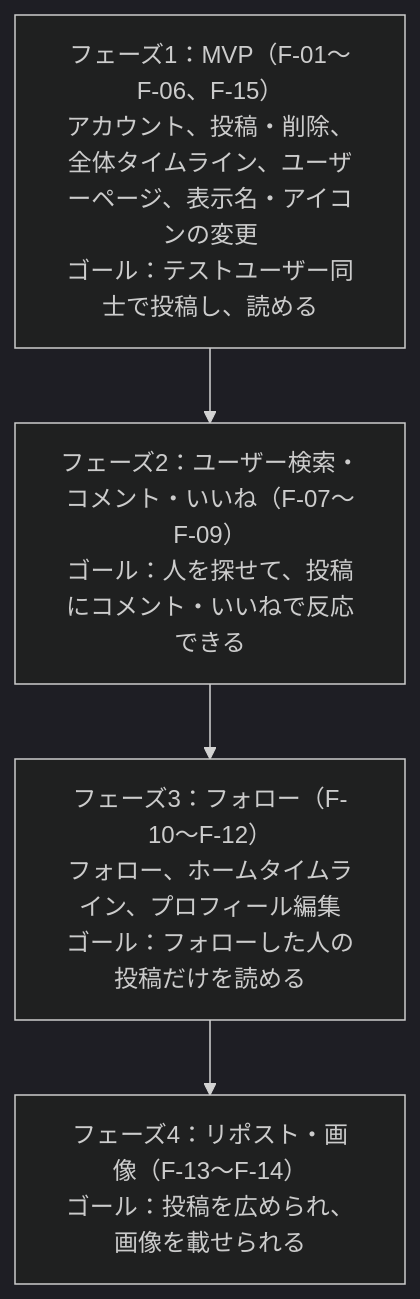
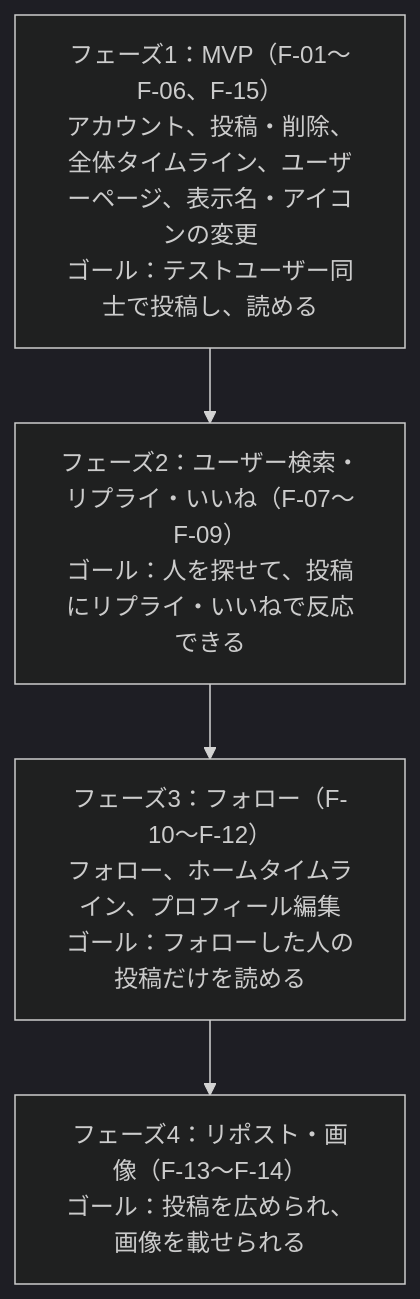
The diagram in docs/requirements.md (NakamuraKazki051/sns-app), drawn with Mermaid (dark theme) before and after one commit. The commit also changed other lines of this file and 7 other files, not shown here.

````diff
--- a/docs/requirements.md
+++ b/docs/requirements.md
@@ -135,8 +135,8 @@
 ```mermaid
 flowchart TB
     P1["フェーズ1：MVP（F-01〜F-06、F-15）<br/>アカウント、投稿・削除、全体タイムライン、ユーザーページ、表示名・アイコンの変更<br/>ゴール：テストユーザー同士で投稿し、読める"]
-    P2["フェーズ2：ユーザー検索・コメント・いいね（F-07〜F-09）<br/>ゴール：人を探せて、投稿にコメント・いいねで反応できる"]
+    P2["フェーズ2：ユーザー検索・リプライ・いいね（F-07〜F-09）<br/>ゴール：人を探せて、投稿にリプライ・いいねで反応できる"]
     P3["フェーズ3：フォロー（F-10〜F-12）<br/>フォロー、ホームタイムライン、プロフィール編集<br/>ゴール：フォローした人の投稿だけを読める"]
     P4["フェーズ4：リポスト・画像（F-13〜F-14）<br/>ゴール：投稿を広められ、画像を載せられる"]
     P1 --> P2 --> P3 --> P4
 ```
````
